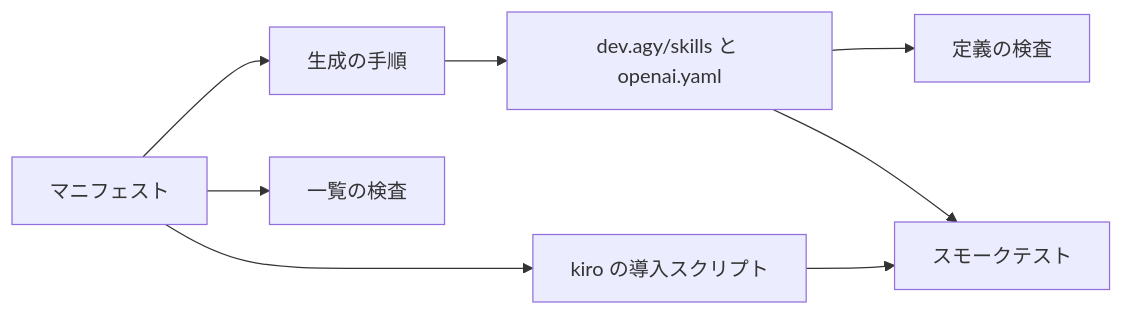
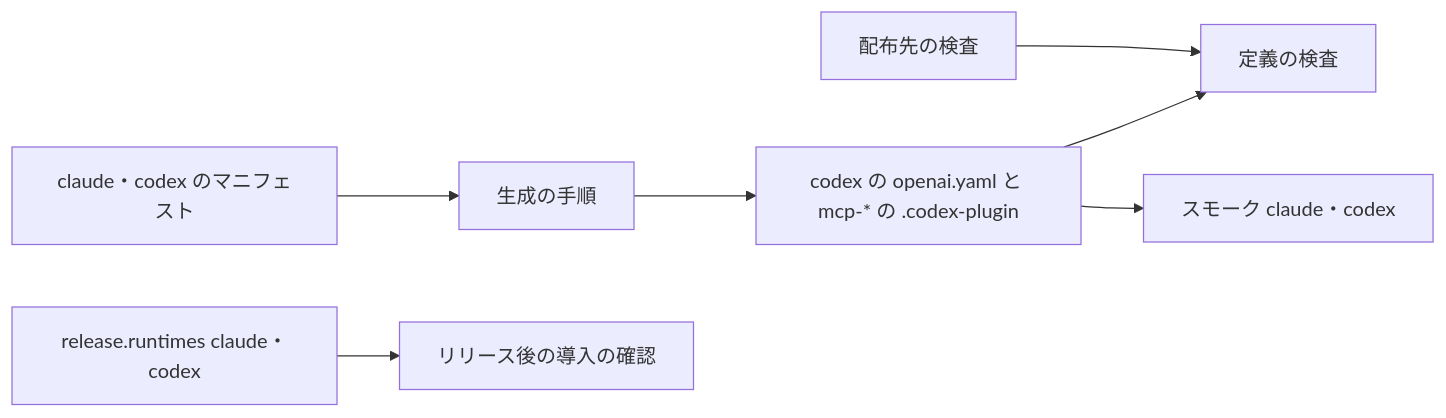
The third of 3 diagrams in issues/issue-2231-design.md (devbasex/ai-plugins), drawn with Mermaid before and after one commit. The commit also changed other lines of this file and 3 other files, not shown here.

Commit message:
Docs: #2231 の設計を、配布を Claude Code と codex に限り agy・kiro を相手役だけにする方針へ書き直す

````diff
--- a/issues/issue-2231-design.md
+++ b/issues/issue-2231-design.md
@@ -241,10 +185,9 @@
 ```mermaid
 graph LR
-    M[マニフェスト] --> B[生成の手順]
-    B --> D[dev.agy/skills と openai.yaml]
-    D --> V[定義の検査]
-    M --> T[一覧の検査]
-    M --> K[kiro の導入スクリプト]
-    D --> S[スモークテスト]
-    K --> S
+    M[claude・codex のマニフェスト] --> B[生成の手順]
+    B --> C[codex の openai.yaml と mcp-* の .codex-plugin]
+    C --> V[定義の検査]
+    D[配布先の検査] --> V
+    C --> S[スモーク claude・codex]
+    R[release.runtimes claude・codex] --> VI[リリース後の導入の確認]
 ```
````
